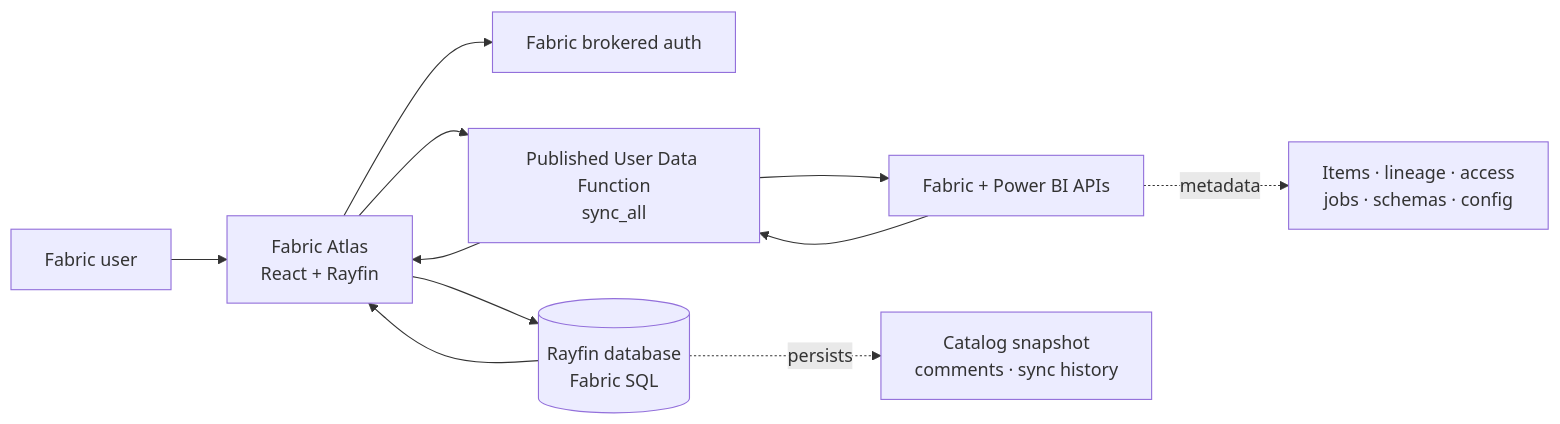
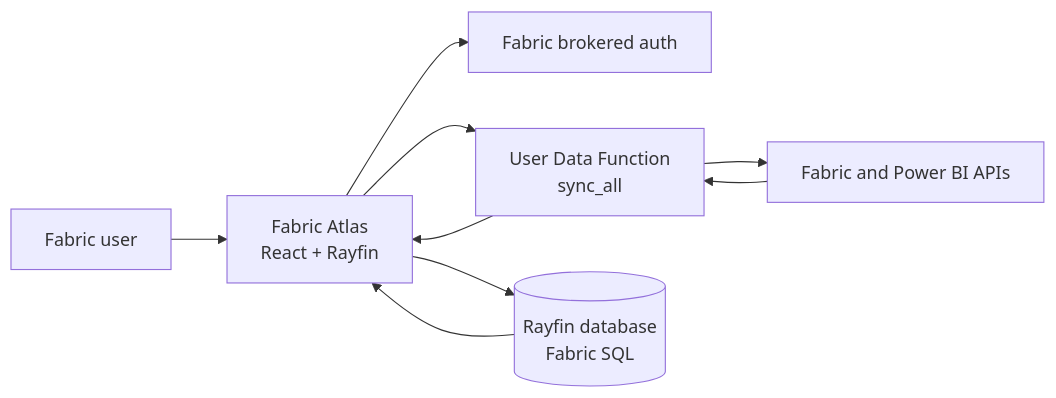
The diagram in README.md (fredgis/FabricAtlas), drawn with Mermaid before and after one commit. The commit also changed other lines of this file and 42 other files, not shown here.

````diff
--- a/README.md
+++ b/README.md
@@ -120,14 +47,11 @@
 ```mermaid
 flowchart LR
   U["Fabric user"] --> APP["Fabric Atlas<br/>React + Rayfin"]
   APP --> AUTH["Fabric brokered auth"]
-  APP --> UDF["Published User Data Function<br/>sync_all"]
-  UDF --> REST["Fabric + Power BI APIs"]
-  REST --> UDF
+  APP --> UDF["User Data Function<br/>sync_all"]
+  UDF --> API["Fabric and Power BI APIs"]
+  API --> UDF
   UDF --> APP
   APP --> DB[("Rayfin database<br/>Fabric SQL")]
   DB --> APP
-
-  REST -. metadata .-> ITEMS["Items · lineage · access<br/>jobs · schemas · config"]
-  DB -. persists .-> CONTEXT["Catalog snapshot<br/>comments · sync history"]
 ```
````
